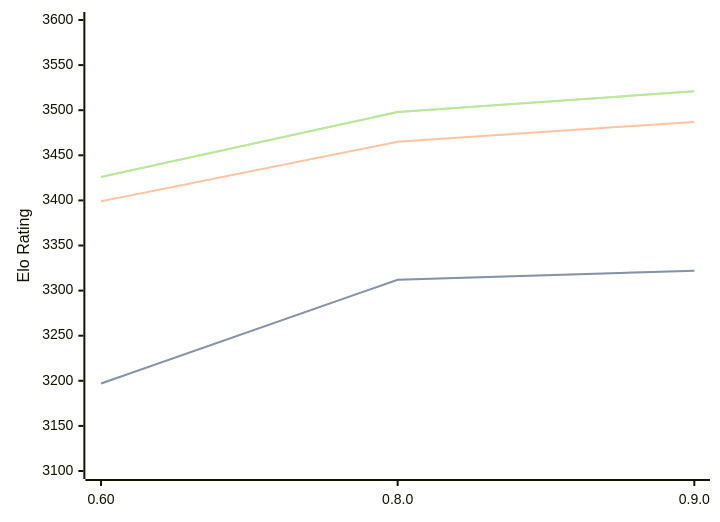
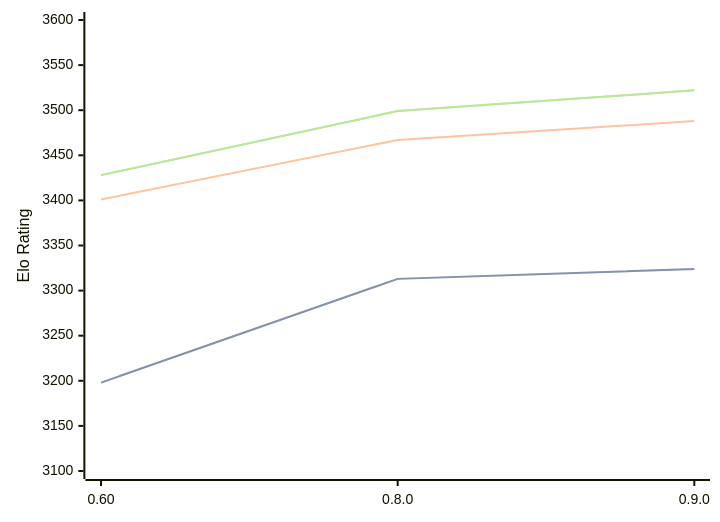
One commit to computer-chess-index/cci changed the diagram in engines/Motor.md. Above: the diagram before and after it, drawn with Mermaid. The commit also changed other lines of this file, not shown here.

Commit message:
Update CCI Ratings (ELO VLTC) - 2026-08-15

````diff
--- a/engines/Motor.md
+++ b/engines/Motor.md
@@ -33,11 +33,11 @@
 ```mermaid
 %%{init: {"theme":"base","themeVariables":{"seriesColors:['#a3a3a3','#222221','#faa371']}}}%%
 xychart-beta
   x-axis ["0.60", "0.8.0", "0.9.0"]
   y-axis "Elo Rating" 3100 --> 3600
-  line "STC (8.0+0.08s)" [3197, 3312, 3322]
-  line "STC (8.0+0.08s)" [3197, 3312, 3322]
-  line "LTC (60.0+0.60s)" [3399, 3465, 3487]
-  line "VLTC (2m24s+1.12s)" [3426, 3498, 3521]
-  line "VLTC (2m24s+1.12s)" [3426, 3498, 3521]
+  line "STC (8.0+0.08s)" [3198, 3313, 3324]
+  line "STC (8.0+0.08s)" [3198, 3313, 3324]
+  line "LTC (60.0+0.60s)" [3401, 3467, 3488]
+  line "VLTC (2m24s+1.12s)" [3428, 3499, 3522]
+  line "VLTC (2m24s+1.12s)" [3428, 3499, 3522]
 ```
````
